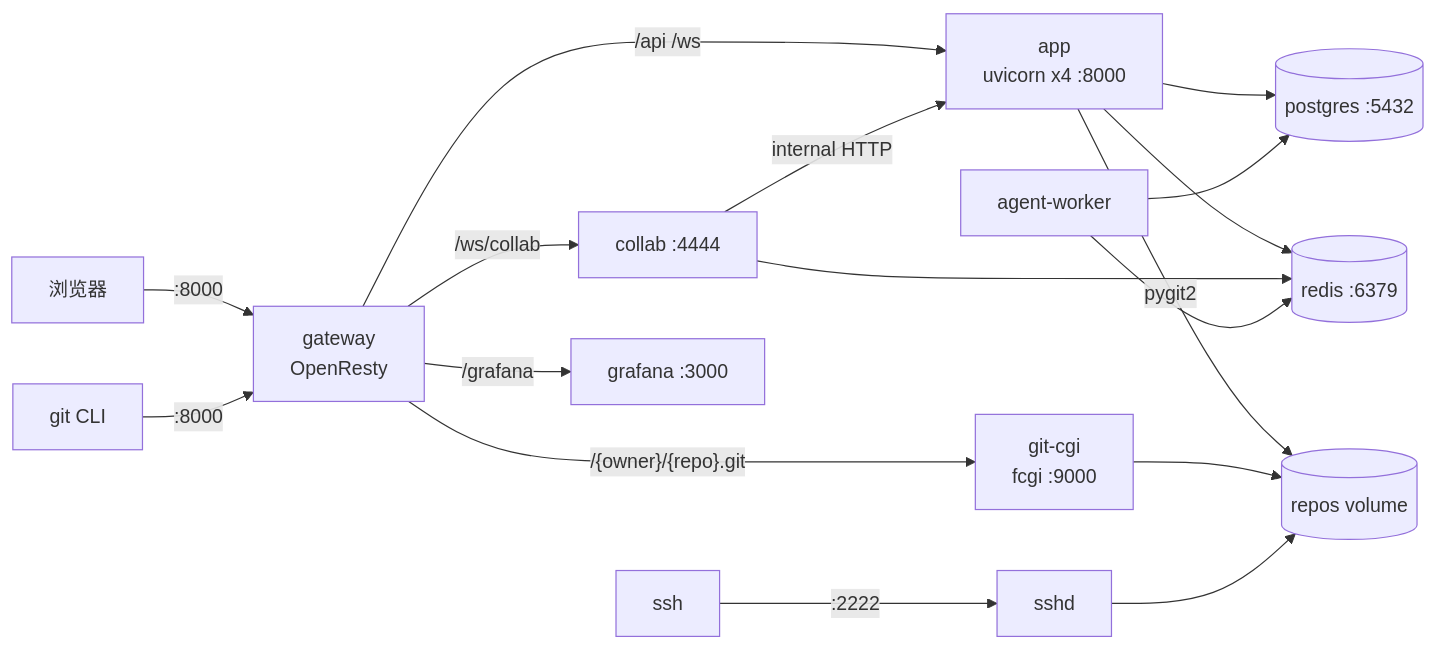
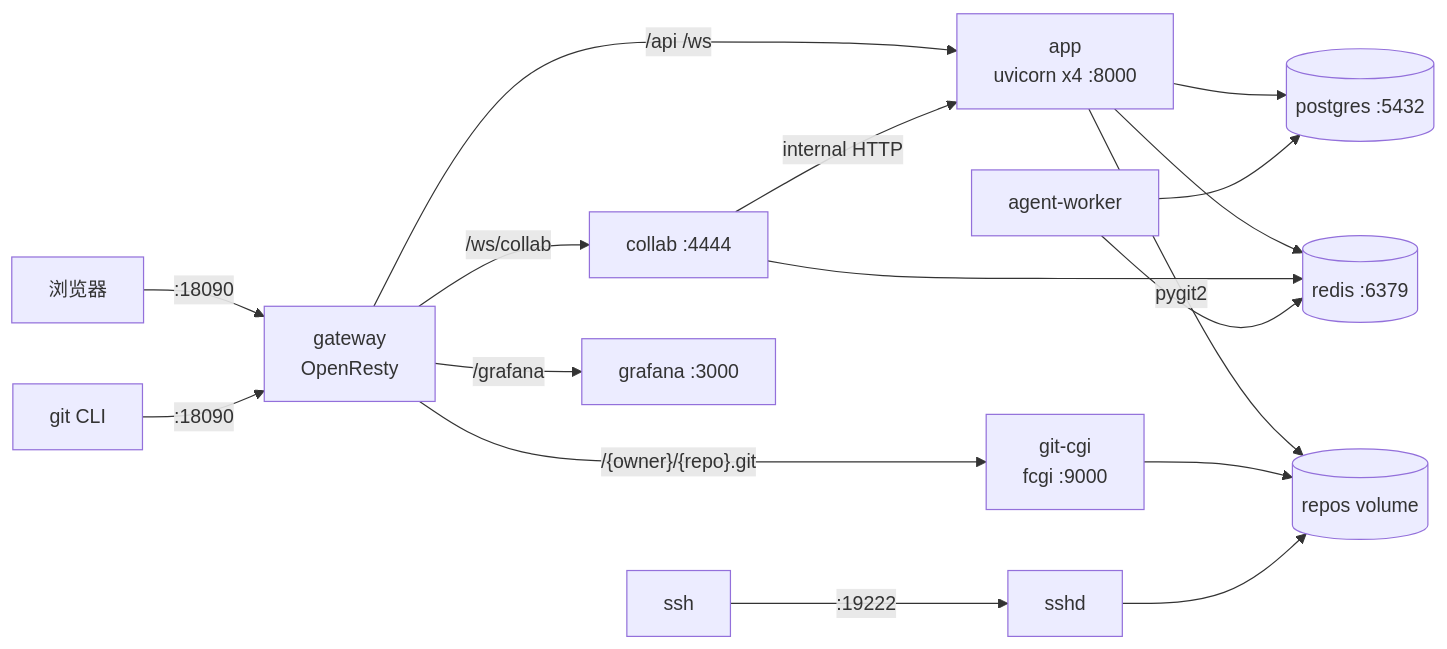
One commit to Moribund233/Kustos changed the fourth of 4 diagrams in docs/code-wiki/02-architecture.md. Above: the diagram before and after it, drawn with Mermaid. The commit also changed other lines of this file and 12 other files, not shown here.

````diff
--- a/docs/code-wiki/02-architecture.md
+++ b/docs/code-wiki/02-architecture.md
@@ -146,19 +146,19 @@
 ```mermaid
 flowchart LR
-    Browser[浏览器] -->|:8000| GW[gateway<br/>OpenResty]
-    GitClient[git CLI] -->|:8000| GW
-    SSHClient[ssh] -->|:2222| SSHD[sshd]
+    Browser[浏览器] -->|:18090| GW[gateway<br/>OpenResty]
+    GitClient[git CLI] -->|:18090| GW
+    SSHClient[ssh] -->|:19222| SSHD[sshd]
     GW -->|/api /ws| APP[app<br/>uvicorn x4 :8000]
     GW -->|"/{owner}/{repo}.git"| CGI[git-cgi<br/>fcgi :9000]
     GW -->|/ws/collab| CB[collab :4444]
     GW -->|/grafana| GRAF[grafana :3000]
     APP --> PG[(postgres :5432)]
     APP --> RD[(redis :6379)]
     APP -->|pygit2| V[(repos volume)]
     CGI --> V
     SSHD --> V
     CB -->|internal HTTP| APP
     CB --> RD
     AGC[agent-worker] --> PG
     AGC --> RD
 ```
````
